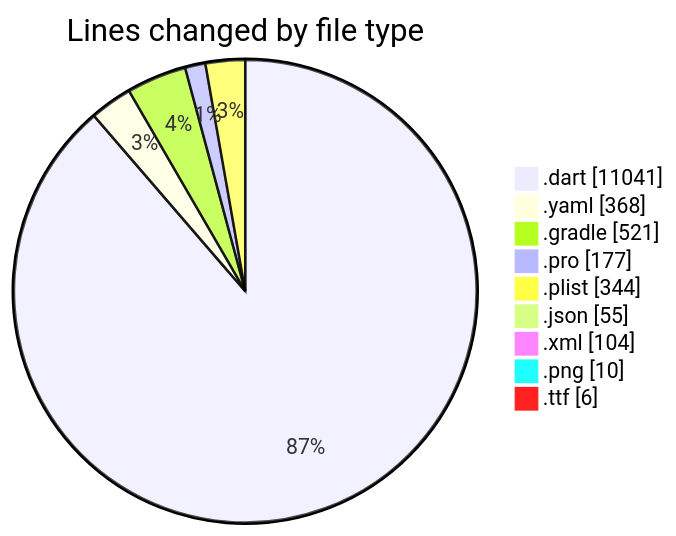
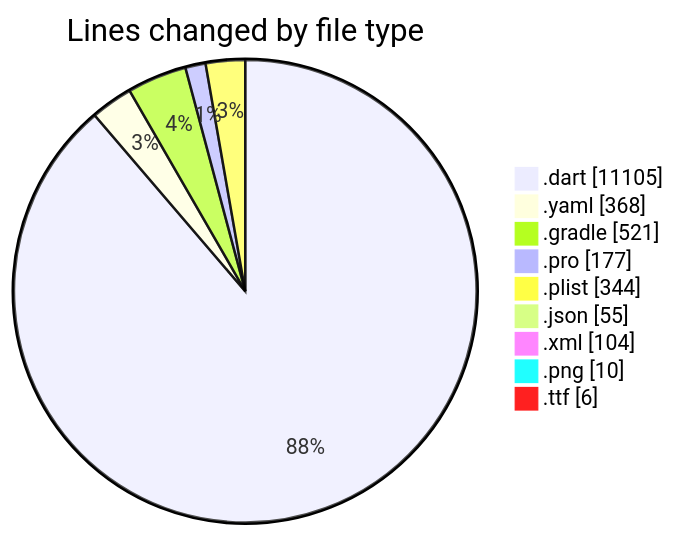
One commit to lephambinh05/code-tracking changed the first of 2 diagrams in 2025-07-29/appproject/README.md. Above: the diagram before and after it, drawn with Mermaid. The commit also changed other lines of this file and 1 other file, not shown here.

````diff
--- a/2025-07-29/appproject/README.md
+++ b/2025-07-29/appproject/README.md
@@ -64,13 +64,13 @@
 ```mermaid
 pie showData
 title Lines changed by file type
-".dart" : 11041
+".dart" : 11105
 ".yaml" : 368
 ".gradle" : 521
 ".pro" : 177
 ".plist" : 344
 ".json" : 55
 ".xml" : 104
 ".png" : 10
 ".ttf" : 6
 ```
````
